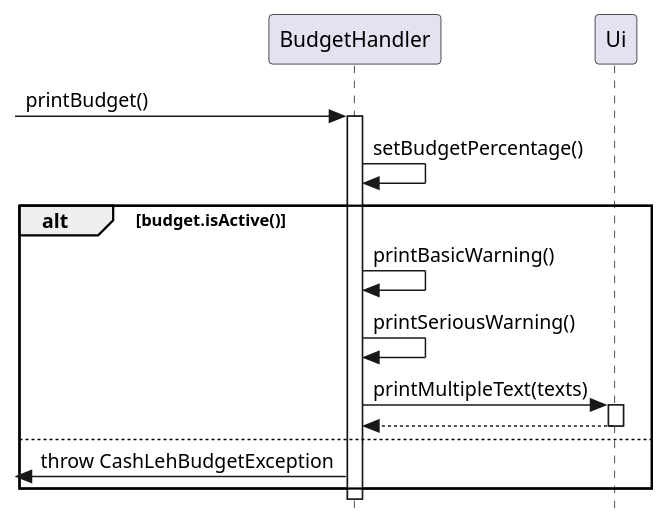
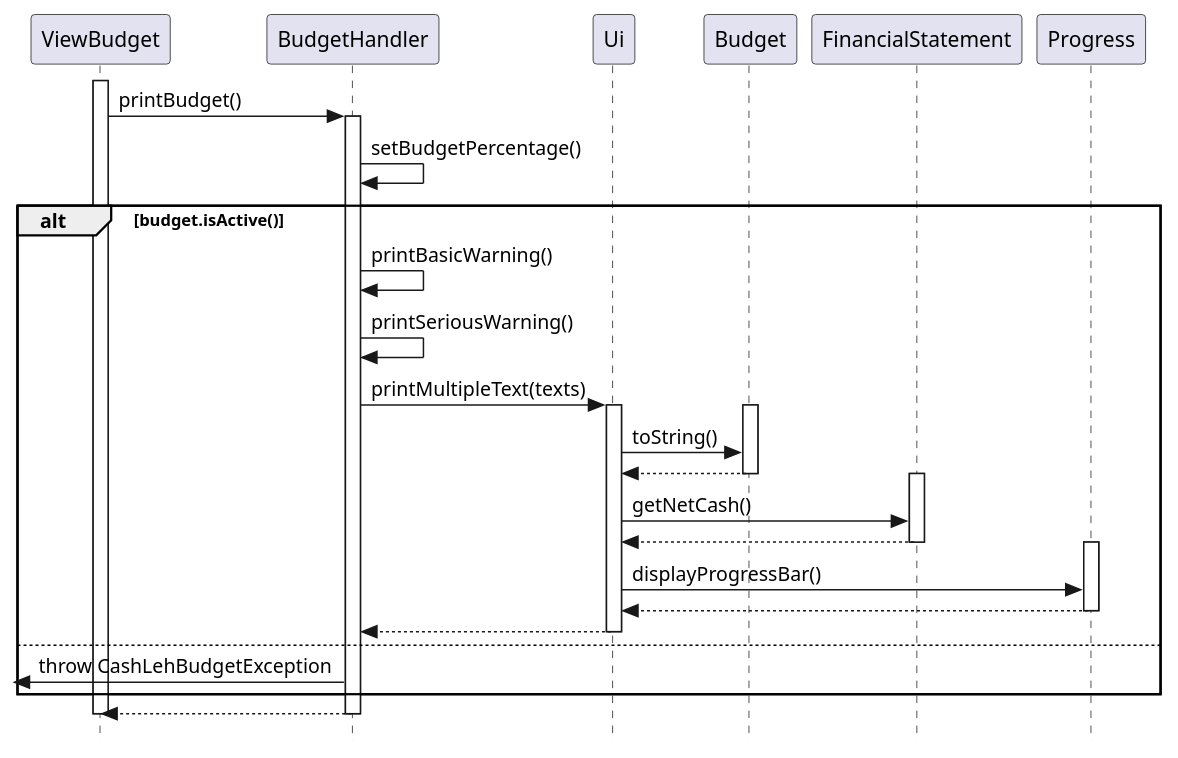
The diagram in docs/uml/BudgetHandler_SequenceDiagram.puml (nus-cs2113-AY2324S1/tp), drawn with PlantUML before and after one commit. The commit also changed 1 other file, not shown here.

Commit message:
Update BudgetHandler class diagram

```diff
--- a/docs/uml/BudgetHandler_SequenceDiagram.puml
+++ b/docs/uml/BudgetHandler_SequenceDiagram.puml
@@ -1,20 +1,35 @@
 @startuml
 
 skinparam Style strictuml
 
--> BudgetHandler: printBudget()
+activate ViewBudget
+ViewBudget -> BudgetHandler: printBudget()
 activate BudgetHandler
 BudgetHandler -> BudgetHandler: setBudgetPercentage()
 alt budget.isActive()
 BudgetHandler -> BudgetHandler: printBasicWarning()
 BudgetHandler -> BudgetHandler: printSeriousWarning()
 BudgetHandler -> Ui: printMultipleText(texts)
 activate Ui
+activate Budget
+Ui -> Budget: toString()
+Budget --> Ui
+deactivate Budget
+activate FinancialStatement
+Ui -> FinancialStatement: getNetCash()
+FinancialStatement --> Ui
+deactivate FinancialStatement
+activate Progress
+Ui -> Progress: displayProgressBar()
+Progress --> Ui
+deactivate Progress
 Ui --> BudgetHandler
 deactivate Ui
 else
 <- BudgetHandler: throw CashLehBudgetException
 end
+BudgetHandler --> ViewBudget
+deactivate ViewBudget
 deactivate BudgetHandler
 
 @enduml
```
